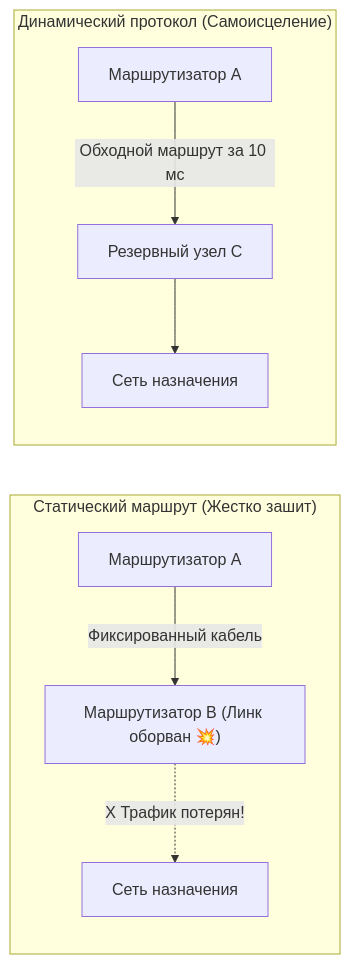
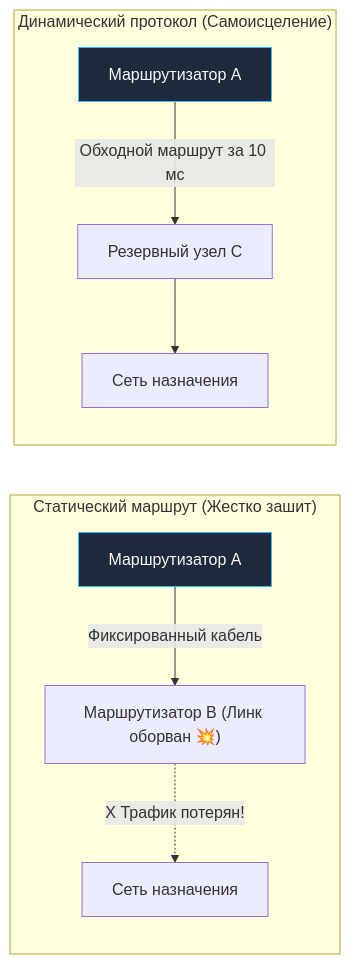
One commit to UnrealTemplier/go-textbook changed the first of 7 diagrams in sources/3. Компьютерные сети и сетевой стек/7. Статическая и динамическая маршрутизация. RIP, OSPF, BGP.md. Above: the diagram before and after it, drawn with Mermaid. The commit also changed other lines of this file and 1666 other files, not shown here.

First line of the commit message:
feat(mermaid): add semantic color classDef to 1369 colorless flowchart/graph diagrams

````diff
--- a/sources/3. Компьютерные сети и сетевой стек/7. Статическая и динамическая маршрутизация. RIP, OSPF, BGP.md
+++ b/sources/3. Компьютерные сети и сетевой стек/7. Статическая и динамическая маршрутизация. RIP, OSPF, BGP.md
@@ -27,12 +27,22 @@
 ```mermaid
 flowchart LR
+    classDef process  fill:#1e293b,stroke:#38bdf8,stroke-width:1px,color:#f8fafc
+    classDef success  fill:#064e3b,stroke:#34d399,stroke-width:1px,color:#f8fafc
+    classDef error    fill:#7f1d1d,stroke:#f87171,stroke-width:1px,color:#f8fafc
+    classDef warning  fill:#78350f,stroke:#fbbf24,stroke-width:1px,color:#f8fafc
+    classDef entry    fill:#1e3a5f,stroke:#38bdf8,stroke-width:2px,color:#f8fafc
+    classDef aux      fill:#334155,stroke:#64748b,stroke-width:1px,color:#f8fafc
+    classDef system   fill:#312e81,stroke:#a78bfa,stroke-width:1px,color:#f8fafc
+    classDef data     fill:#132d29,stroke:#2dd4bf,stroke-width:1px,color:#f8fafc
+    classDef network  fill:#881337,stroke:#fb7185,stroke-width:1px,color:#f8fafc
+    classDef accent   fill:#1e1b4b,stroke:#818cf8,stroke-width:1px,color:#f8fafc
     subgraph StaticPath ["Статический маршрут (Жестко зашит)"]
-        RouterA1["Маршрутизатор A"] -->|Фиксированный кабель| RouterB1["Маршрутизатор B (Линк оборван 💥)"]
+        RouterA1["Маршрутизатор A"]:::process -->|Фиксированный кабель| RouterB1["Маршрутизатор B (Линк оборван 💥)"]
         RouterB1 -.->|X Трафик потерян!| Target1["Сеть назначения"]
     end
 
     subgraph DynamicPath ["Динамический протокол (Самоисцеление)"]
-        RouterA2["Маршрутизатор A"] -->|Обходной маршрут за 10 мс| RouterC2["Резервный узел C"]
+        RouterA2["Маршрутизатор A"]:::process -->|Обходной маршрут за 10 мс| RouterC2["Резервный узел C"]
         RouterC2 --> Target2["Сеть назначения"]
     end
 ```
````
